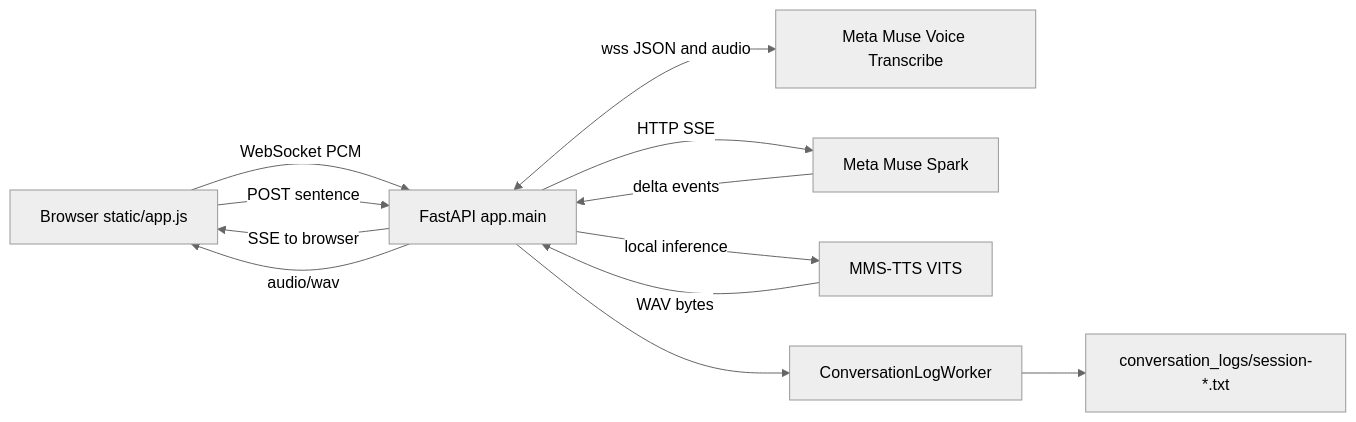
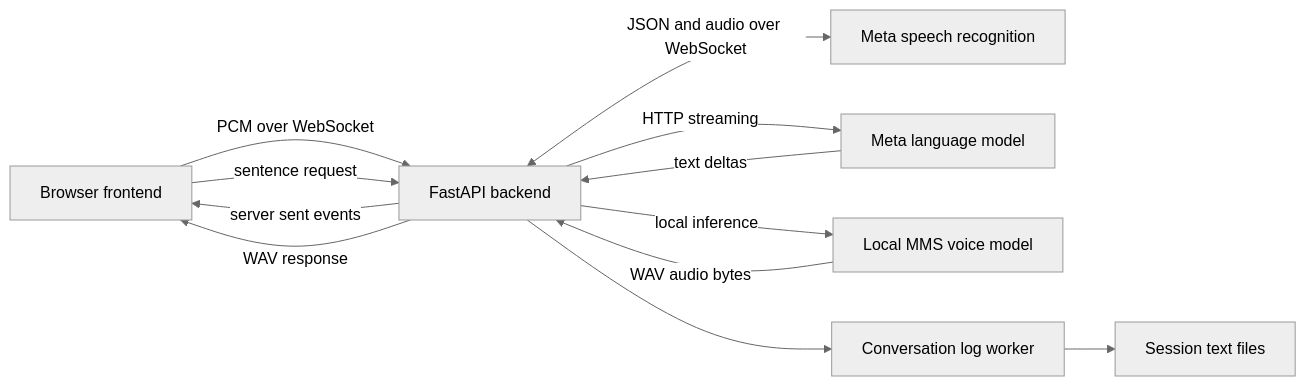
Before and after one commit to shantan1213/voice-pilot: the diagram in docs/02-system-architecture.md, drawn with Mermaid (neutral theme). The commit also changed 8 other files, not shown here.

Commit message:
Normalize all Mermaid diagrams for GitHub

````diff
--- a/docs/02-system-architecture.md
+++ b/docs/02-system-architecture.md
@@ -5,14 +5,14 @@
 ```mermaid
 flowchart LR
-  B[Browser static/app.js] -->|WebSocket PCM| F[FastAPI app.main]
-  F <-->|wss JSON and audio| A[Meta Muse Voice Transcribe]
-  F -->|HTTP SSE| M[Meta Muse Spark]
-  M -->|delta events| F
-  F -->|SSE to browser| B
-  B -->|POST sentence| F
-  F -->|local inference| T[MMS-TTS VITS]
-  T -->|WAV bytes| F
-  F -->|audio/wav| B
-  F --> Q[ConversationLogWorker]
-  Q --> D[conversation_logs/session-*.txt]
+  B[Browser frontend] -->|PCM over WebSocket| F[FastAPI backend]
+  F <-->|JSON and audio over WebSocket| A[Meta speech recognition]
+  F -->|HTTP streaming| M[Meta language model]
+  M -->|text deltas| F
+  F -->|server sent events| B
+  B -->|sentence request| F
+  F -->|local inference| T[Local MMS voice model]
+  T -->|WAV audio bytes| F
+  F -->|WAV response| B
+  F --> Q[Conversation log worker]
+  Q --> D[Session text files]
 ```
````
